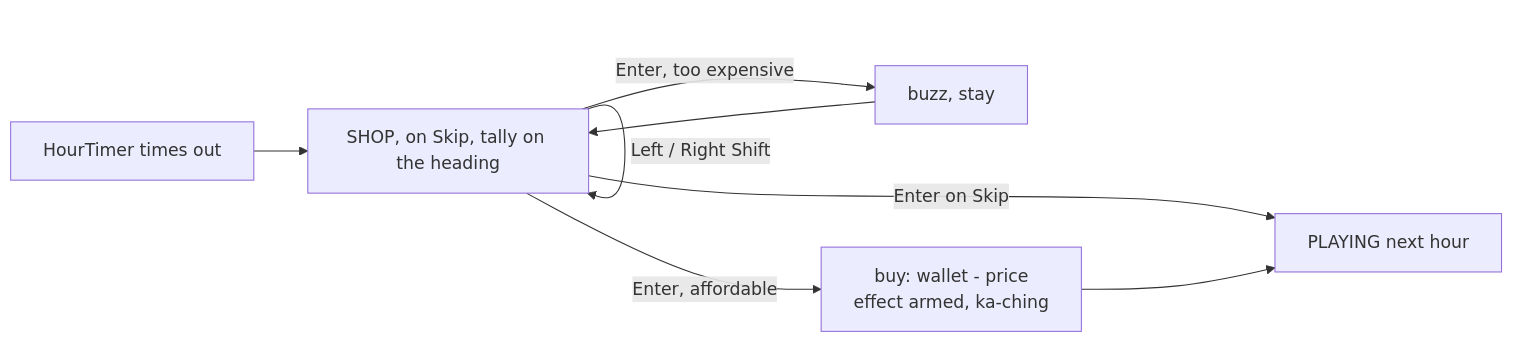
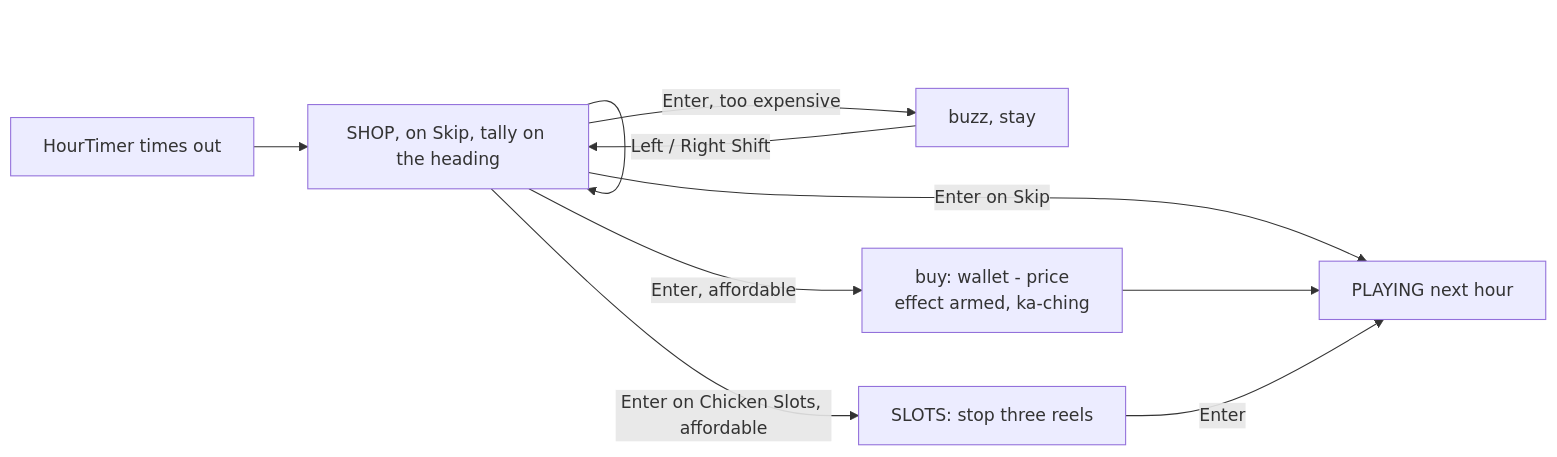
Before and after one commit to NiloyBhattacharjee/cluck-shift: the ninth of 17 diagrams in docs/design.md, drawn with Mermaid. The commit also changed other lines of this file and 17 other files, not shown here.

````diff
--- a/docs/design.md
+++ b/docs/design.md
@@ -542,8 +550,9 @@
 ```mermaid
 flowchart LR
     HE[HourTimer times out] --> SH[SHOP, on Skip, tally on the heading]
     SH -->|Left / Right Shift| SH
     SH -->|Enter on Skip| P[PLAYING next hour]
     SH -->|Enter, affordable| B[buy: wallet - price<br/>effect armed, ka-ching] --> P
+    SH -->|Enter on Chicken Slots, affordable| SL[SLOTS: stop three reels] -->|Enter| P
     SH -->|Enter, too expensive| R[buzz, stay] --> SH
 ```
````
